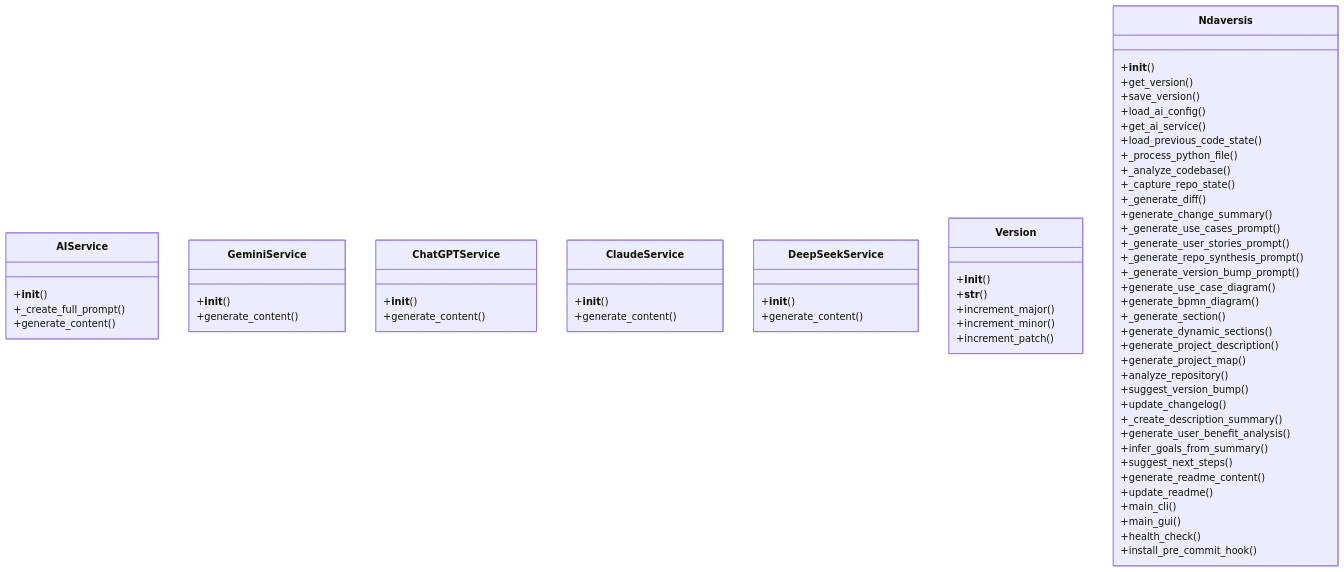
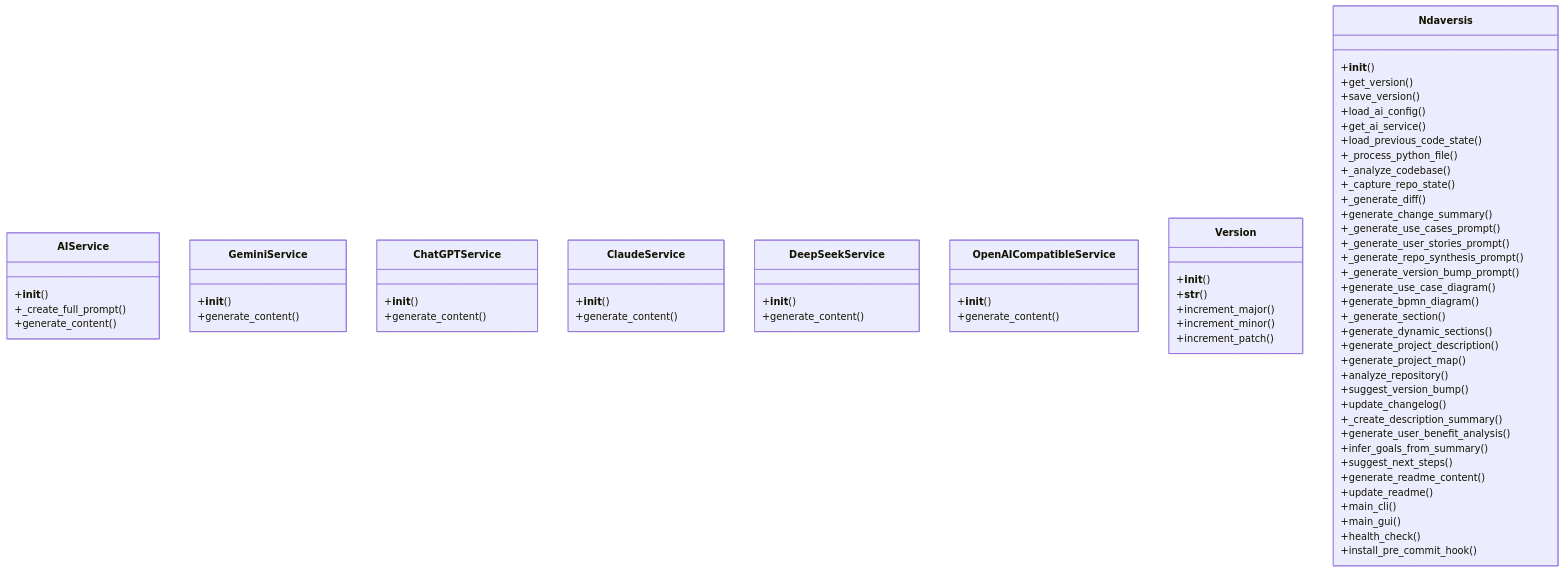
Before and after one commit to lystwork/ndaversis: the first of 3 diagrams in readme.md, drawn with Mermaid. The commit also changed other lines of this file and 4 other files, not shown here.

Commit message:
feat: Introduce privacy policy and terms of service, and add an OpenAI-compatible AI service.

````diff
--- a/readme.md
+++ b/readme.md
@@ -181,67 +188,71 @@
 ```mermaid
 classDiagram
     class AIService {
         +__init__()
         +_create_full_prompt()
         +generate_content()
     }
     class GeminiService {
         +__init__()
         +generate_content()
     }
     class ChatGPTService {
         +__init__()
         +generate_content()
     }
     class ClaudeService {
         +__init__()
         +generate_content()
     }
     class DeepSeekService {
+        +__init__()
+        +generate_content()
+    }
+    class OpenAICompatibleService {
         +__init__()
         +generate_content()
     }
     class Version {
         +__init__()
         +__str__()
         +increment_major()
         +increment_minor()
         +increment_patch()
     }
     class Ndaversis {
         +__init__()
         +get_version()
         +save_version()
         +load_ai_config()
         +get_ai_service()
         +load_previous_code_state()
         +_process_python_file()
         +_analyze_codebase()
         +_capture_repo_state()
         +_generate_diff()
         +generate_change_summary()
         +_generate_use_cases_prompt()
         +_generate_user_stories_prompt()
         +_generate_repo_synthesis_prompt()
         +_generate_version_bump_prompt()
         +generate_use_case_diagram()
         +generate_bpmn_diagram()
         +_generate_section()
         +generate_dynamic_sections()
         +generate_project_description()
         +generate_project_map()
         +analyze_repository()
         +suggest_version_bump()
         +update_changelog()
         +_create_description_summary()
         +generate_user_benefit_analysis()
         +infer_goals_from_summary()
         +suggest_next_steps()
         +generate_readme_content()
         +update_readme()
         +main_cli()
         +main_gui()
         +health_check()
         +install_pre_commit_hook()
     }
 ```
````
